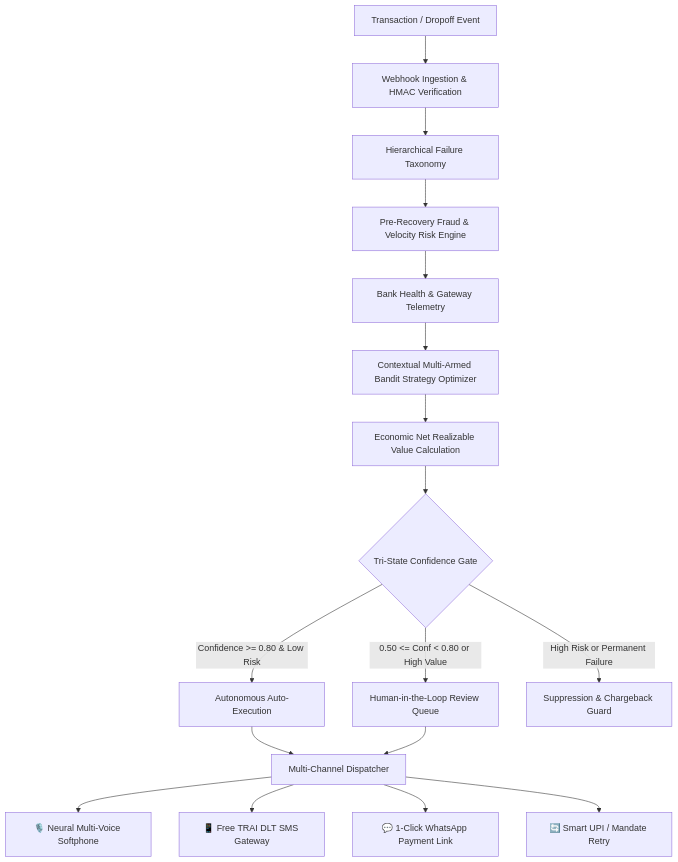
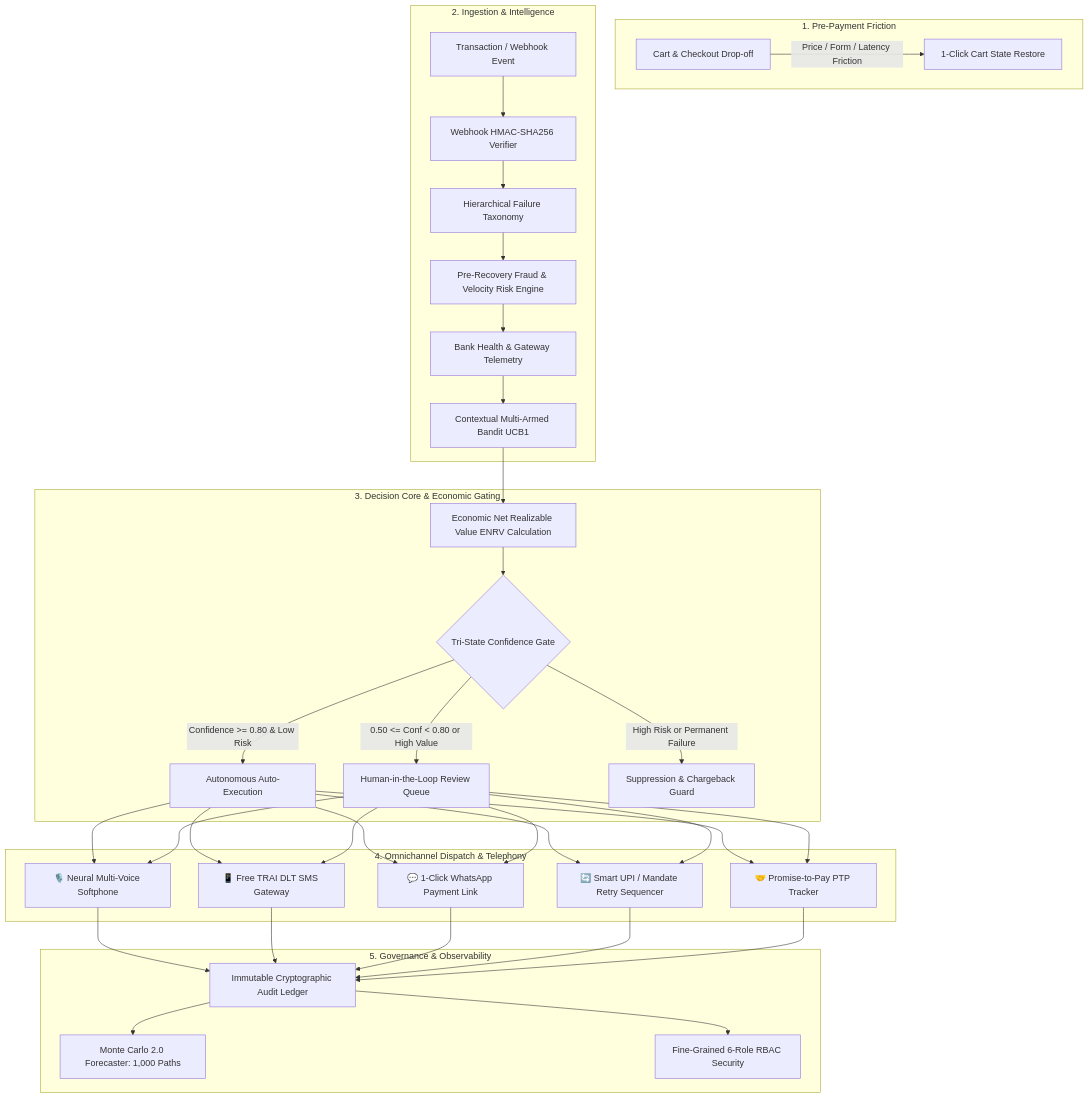
Before and after one commit to mauryaakash-ai/AI-Revenue-Recovery-Platform: the diagram in README.md, drawn with Mermaid. The commit also changed other lines of this file and 2 other files, not shown here.

Commit message:
docs: merge complete executive report into master README with architecture, local endpoints, mathematical formulations, benchmarks, and test results

````diff
--- a/README.md
+++ b/README.md
@@ -22,18 +32,36 @@
 ```mermaid
 flowchart TD
-    A[Transaction / Dropoff Event] --> B[Webhook Ingestion & HMAC Verification]
-    B --> C[Hierarchical Failure Taxonomy]
-    C --> D[Pre-Recovery Fraud & Velocity Risk Engine]
-    D --> E[Bank Health & Gateway Telemetry]
-    E --> F[Contextual Multi-Armed Bandit Strategy Optimizer]
-    F --> G[Economic Net Realizable Value Calculation]
-    G --> H{Tri-State Confidence Gate}
-    H -->|Confidence >= 0.80 & Low Risk| I[Autonomous Auto-Execution]
-    H -->|0.50 <= Conf < 0.80 or High Value| J[Human-in-the-Loop Review Queue]
-    H -->|High Risk or Permanent Failure| K[Suppression & Chargeback Guard]
-    I & J --> L[Multi-Channel Dispatcher]
-    L --> M[🎙️ Neural Multi-Voice Softphone]
-    L --> N[📱 Free TRAI DLT SMS Gateway]
-    L --> O[💬 1-Click WhatsApp Payment Link]
-    L --> P[🔄 Smart UPI / Mandate Retry]
+    subgraph Layer1 ["1. Pre-Payment Friction"]
+        A[Cart & Checkout Drop-off] -->|Price / Form / Latency Friction| B[1-Click Cart State Restore]
+    end
+
+    subgraph Layer2 ["2. Ingestion & Intelligence"]
+        C[Transaction / Webhook Event] --> D[Webhook HMAC-SHA256 Verifier]
+        D --> E[Hierarchical Failure Taxonomy]
+        E --> F[Pre-Recovery Fraud & Velocity Risk Engine]
+        F --> G[Bank Health & Gateway Telemetry]
+        G --> H[Contextual Multi-Armed Bandit UCB1]
+    end
+
+    subgraph Layer3 ["3. Decision Core & Economic Gating"]
+        H --> I[Economic Net Realizable Value ENRV Calculation]
+        I --> J{Tri-State Confidence Gate}
+        J -->|Confidence >= 0.80 & Low Risk| K[Autonomous Auto-Execution]
+        J -->|0.50 <= Conf < 0.80 or High Value| L[Human-in-the-Loop Review Queue]
+        J -->|High Risk or Permanent Failure| M[Suppression & Chargeback Guard]
+    end
+
+    subgraph Layer4 ["4. Omnichannel Dispatch & Telephony"]
+        K & L --> N[🎙️ Neural Multi-Voice Softphone]
+        K & L --> O[📱 Free TRAI DLT SMS Gateway]
+        K & L --> P[💬 1-Click WhatsApp Payment Link]
+        K & L --> Q[🔄 Smart UPI / Mandate Retry Sequencer]
+        K & L --> R[🤝 Promise-to-Pay PTP Tracker]
+    end
+
+    subgraph Layer5 ["5. Governance & Observability"]
+        N & O & P & Q & R --> S[Immutable Cryptographic Audit Ledger]
+        S --> T[Monte Carlo 2.0 Forecaster: 1,000 Paths]
+        S --> U[Fine-Grained 6-Role RBAC Security]
+    end
 ```
````
